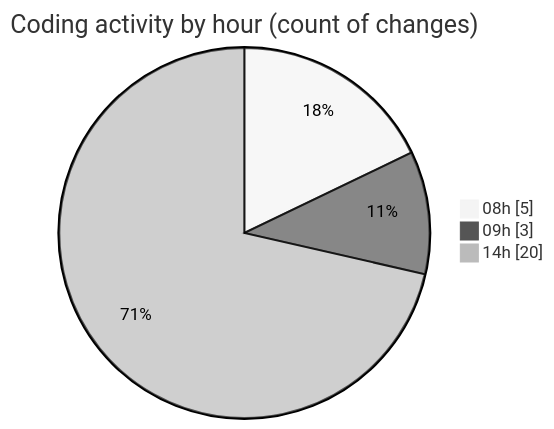
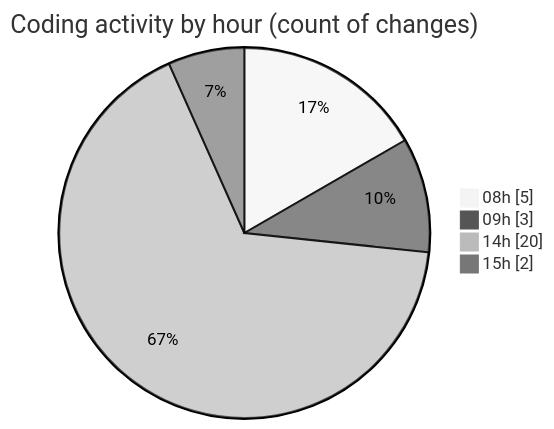
Before and after one commit to LanceThiago/code-tracking: the second of 2 diagrams in 2026-08-31/web/README.md, drawn with Mermaid (neutral theme). The commit also changed other lines of this file and 1 other file, not shown here.

````diff
--- a/2026-08-31/web/README.md
+++ b/2026-08-31/web/README.md
@@ -30,7 +31,8 @@
 ```mermaid
 pie showData
 title Coding activity by hour (count of changes)
 "08h" : 5
 "09h" : 3
 "14h" : 20
+"15h" : 2
 ```
````
